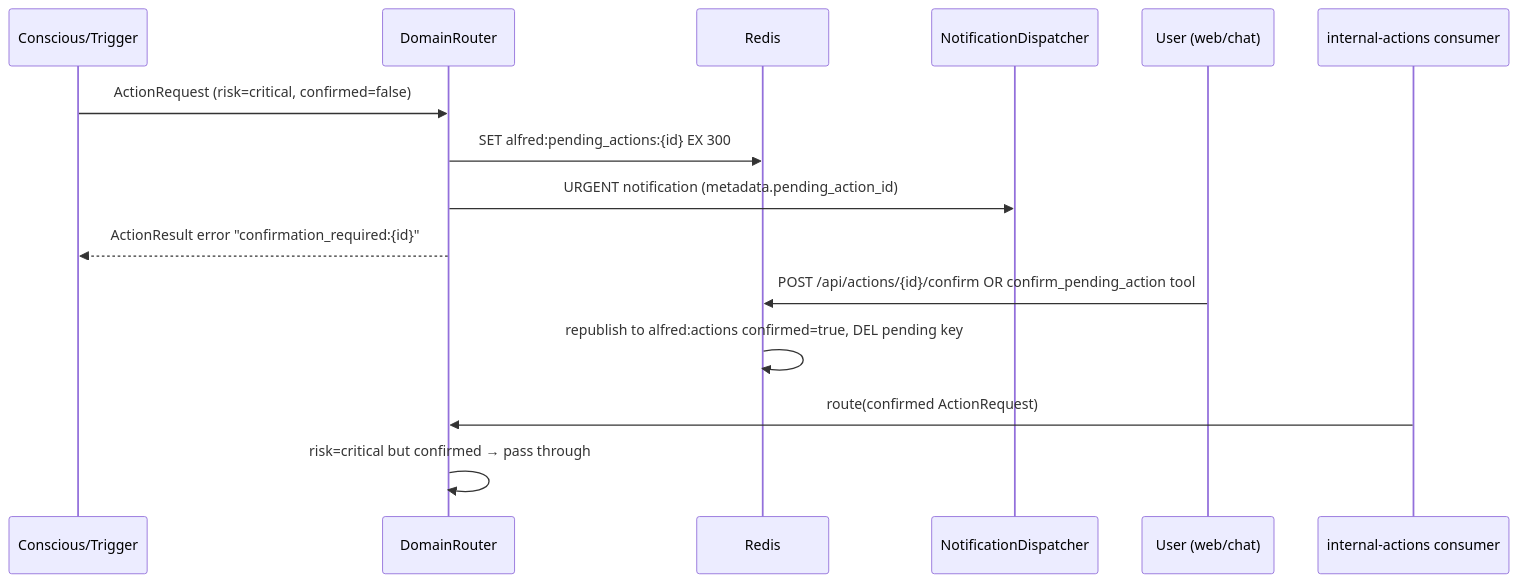
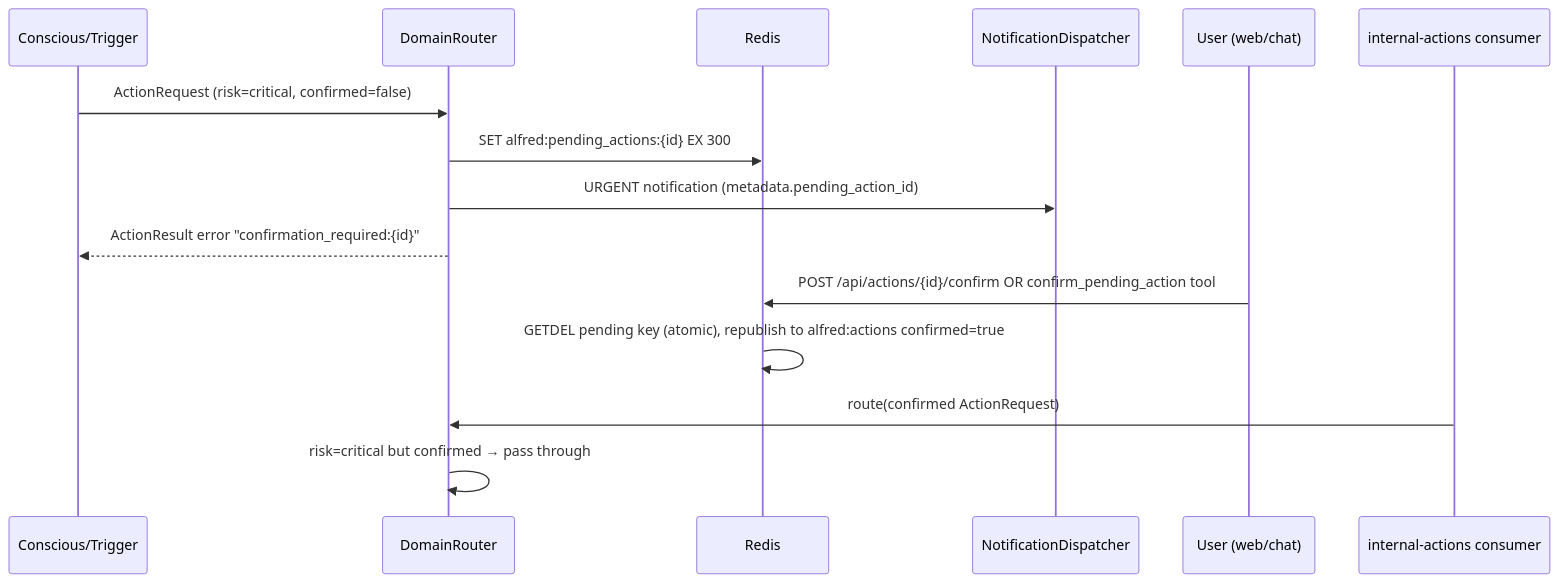
The diagram in docs/autonomy.md (anirudhlath/alfred), drawn with Mermaid before and after one commit. The commit also changed other lines of this file and 2 other files, not shown here.

First line of the commit message:
docs: architecture diagram + tiered-autonomy hardening backlog

````diff
--- a/docs/autonomy.md
+++ b/docs/autonomy.md
@@ -39,18 +39,18 @@
 ```mermaid
 sequenceDiagram
     participant CE as Conscious/Trigger
     participant DR as DomainRouter
     participant R as Redis
     participant N as NotificationDispatcher
     participant U as User (web/chat)
     participant IC as internal-actions consumer
 
     CE->>DR: ActionRequest (risk=critical, confirmed=false)
     DR->>R: SET alfred:pending_actions:{id} EX 300
     DR->>N: URGENT notification (metadata.pending_action_id)
     DR-->>CE: ActionResult error "confirmation_required:{id}"
     U->>R: POST /api/actions/{id}/confirm  OR  confirm_pending_action tool
-    R->>R: republish to alfred:actions confirmed=true, DEL pending key
+    R->>R: GETDEL pending key (atomic), republish to alfred:actions confirmed=true
     IC->>DR: route(confirmed ActionRequest)
     DR->>DR: risk=critical but confirmed → pass through
 ```
````
